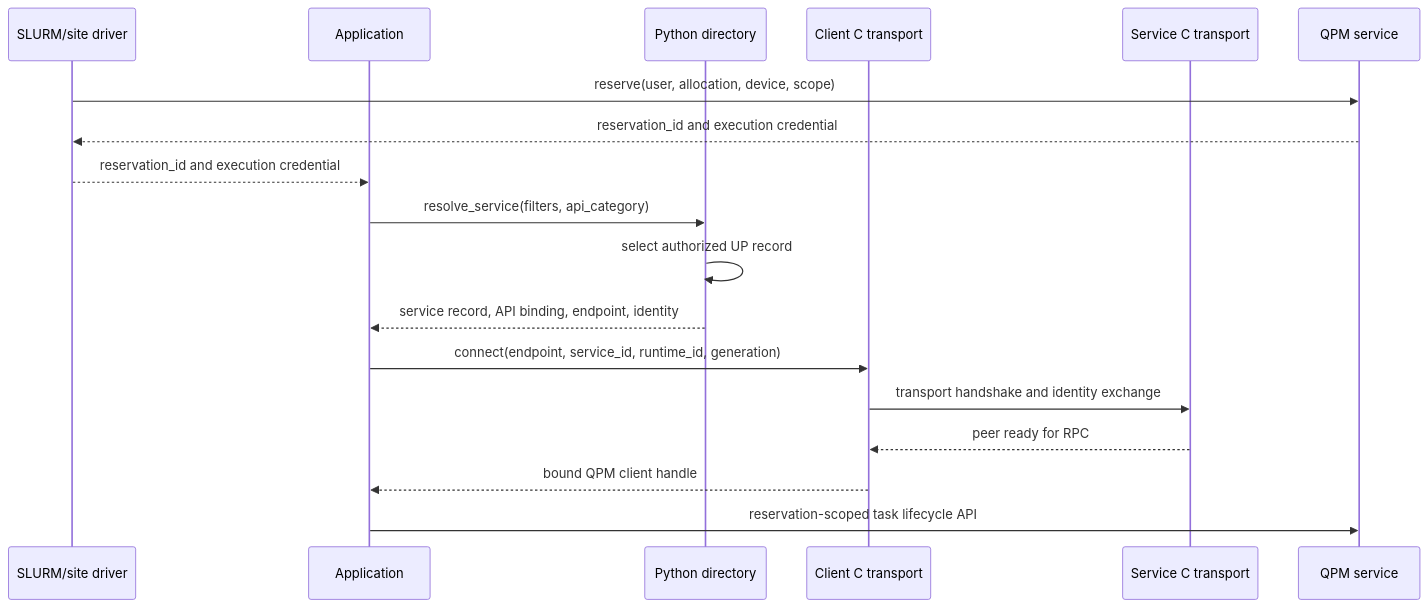
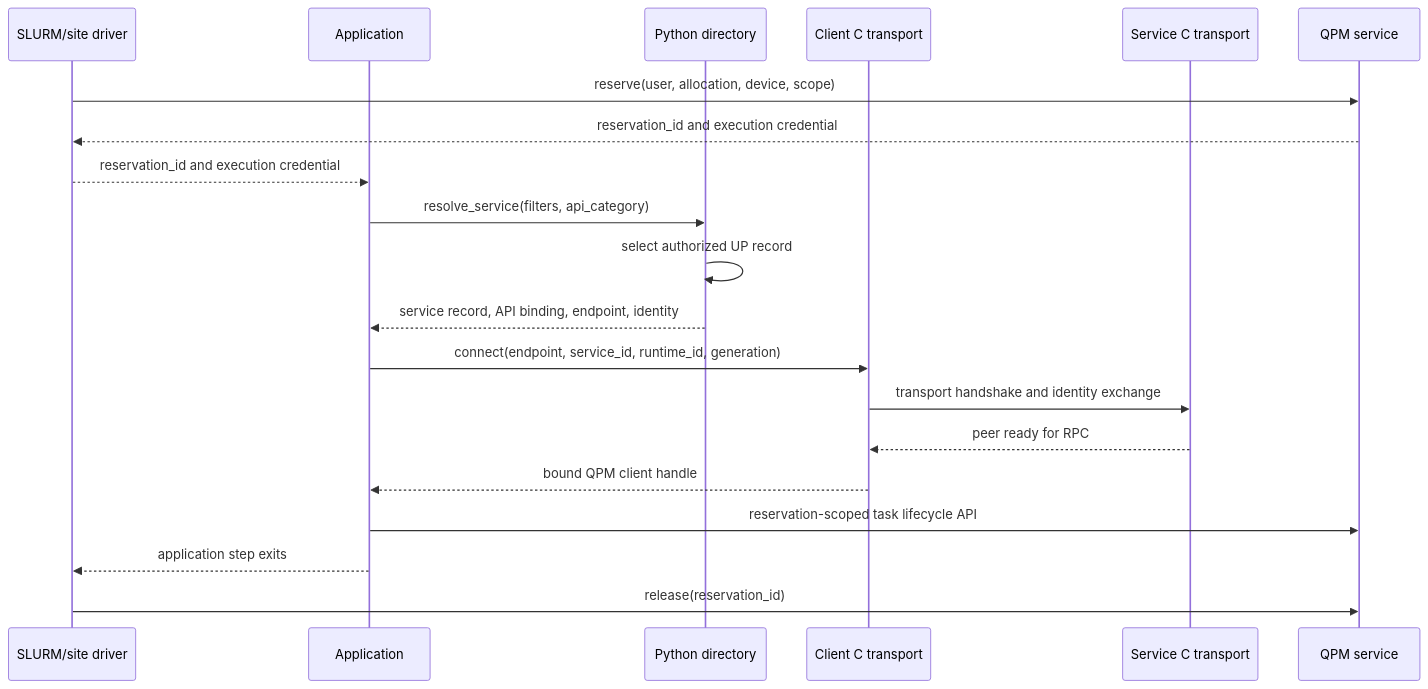
Before and after one commit to openQSE/QFw: the seventh of 10 diagrams in docs/detailed-design.md, drawn with Mermaid. The commit also changed other lines of this file and 10 other files, not shown here.

First line of the commit message:
examples: add shared Slurm reservation driver

````diff
--- a/docs/detailed-design.md
+++ b/docs/detailed-design.md
@@ -1694,21 +1708,23 @@
 ```mermaid
 sequenceDiagram
     participant Driver as SLURM/site driver
     participant Client as Application
     participant Dir as Python directory
     participant CT as Client C transport
     participant ST as Service C transport
     participant QPM as QPM service
 
     Driver->>QPM: reserve(user, allocation, device, scope)
     QPM-->>Driver: reservation_id and execution credential
     Driver-->>Client: reservation_id and execution credential
     Client->>Dir: resolve_service(filters, api_category)
     Dir->>Dir: select authorized UP record
     Dir-->>Client: service record, API binding, endpoint, identity
     Client->>CT: connect(endpoint, service_id, runtime_id, generation)
     CT->>ST: transport handshake and identity exchange
     ST-->>CT: peer ready for RPC
     CT-->>Client: bound QPM client handle
     Client->>QPM: reservation-scoped task lifecycle API
+    Client-->>Driver: application step exits
+    Driver->>QPM: release(reservation_id)
 ```
````
